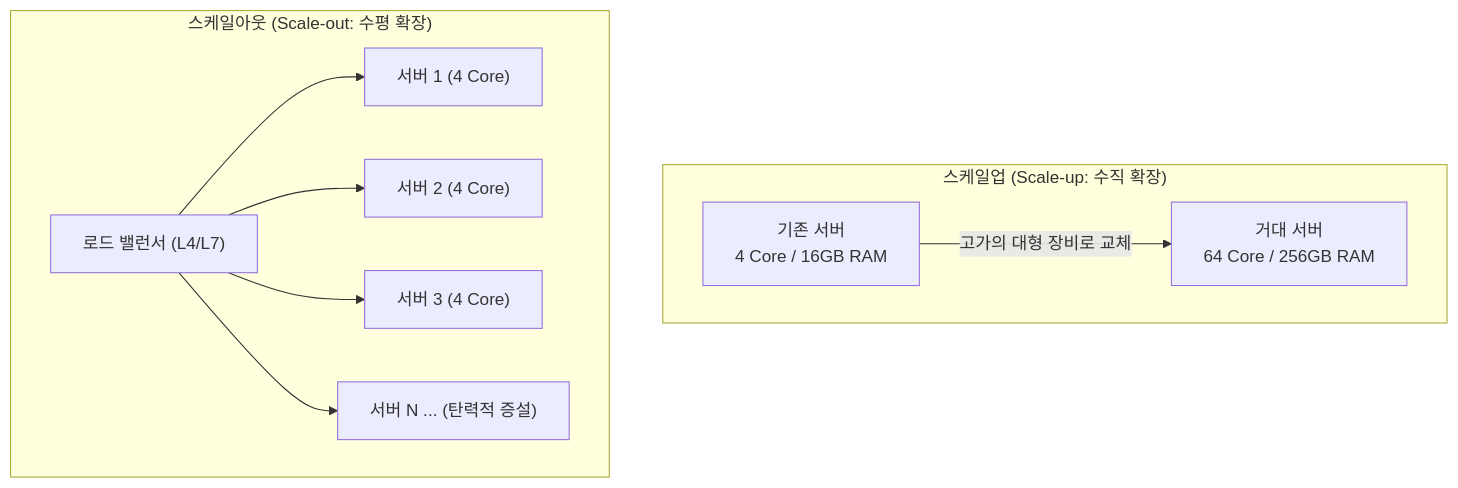
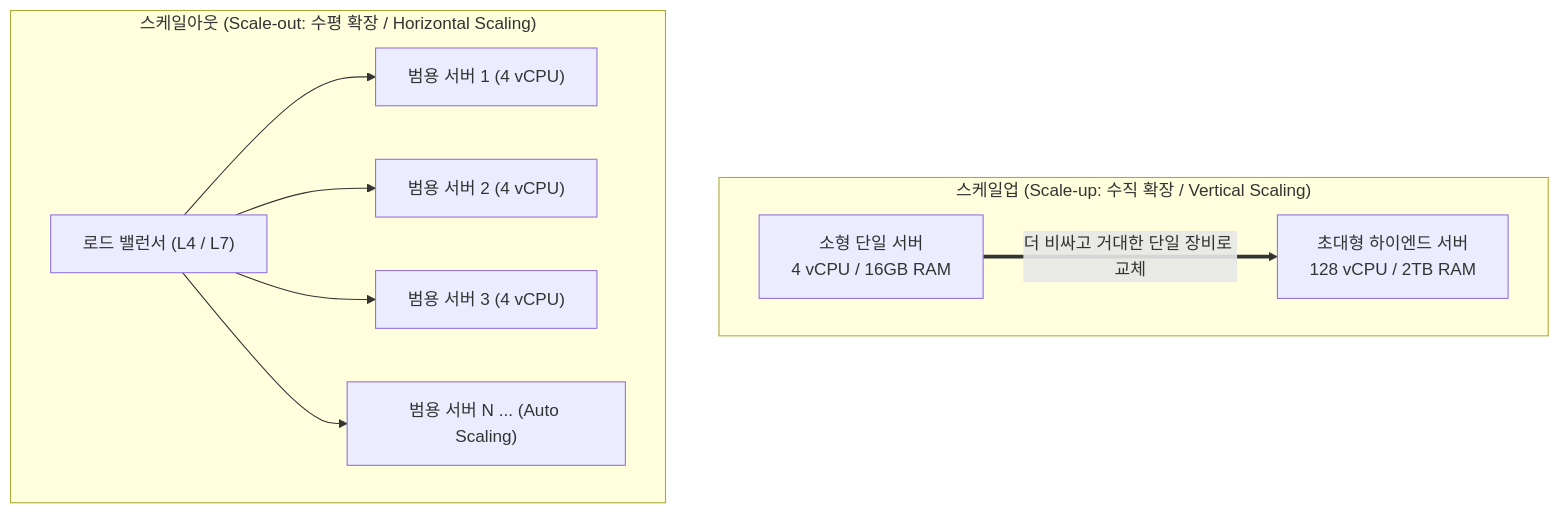
Before and after one commit to keimania/tech-notes: the sixth of 39 diagrams in 09_아키텍처.md, drawn with Mermaid. The commit also changed other lines of this file and 12 other files, not shown here.

````diff
--- a/09_아키텍처.md
+++ b/09_아키텍처.md
@@ -282,14 +368,14 @@
 ```mermaid
 flowchart TD
-    subgraph ScaleUp["스케일업 (Scale-up: 수직 확장)"]
-        ServerOld["기존 서버\n4 Core / 16GB RAM"] -- "고가의 대형 장비로 교체" --> ServerNew["거대 서버\n64 Core / 256GB RAM"]
+    subgraph ScaleUp["스케일업 (Scale-up: 수직 확장 / Vertical Scaling)"]
+        ServerOld["소형 단일 서버\n4 vCPU / 16GB RAM"] == "더 비싸고 거대한 단일 장비로 교체" ==> ServerNew["초대형 하이엔드 서버\n128 vCPU / 2TB RAM"]
     end
 
-    subgraph ScaleOut["스케일아웃 (Scale-out: 수평 확장)"]
-        LB["로드 밸런서 (L4/L7)"]
-        LB --> Node1["서버 1 (4 Core)"]
-        LB --> Node2["서버 2 (4 Core)"]
-        LB --> Node3["서버 3 (4 Core)"]
-        LB --> NodeN["서버 N ... (탄력적 증설)"]
+    subgraph ScaleOut["스케일아웃 (Scale-out: 수평 확장 / Horizontal Scaling)"]
+        LB["로드 밸런서 (L4 / L7)"]
+        LB --> Node1["범용 서버 1 (4 vCPU)"]
+        LB --> Node2["범용 서버 2 (4 vCPU)"]
+        LB --> Node3["범용 서버 3 (4 vCPU)"]
+        LB --> NodeN["범용 서버 N ... (Auto Scaling)"]
     end
 ```
````
